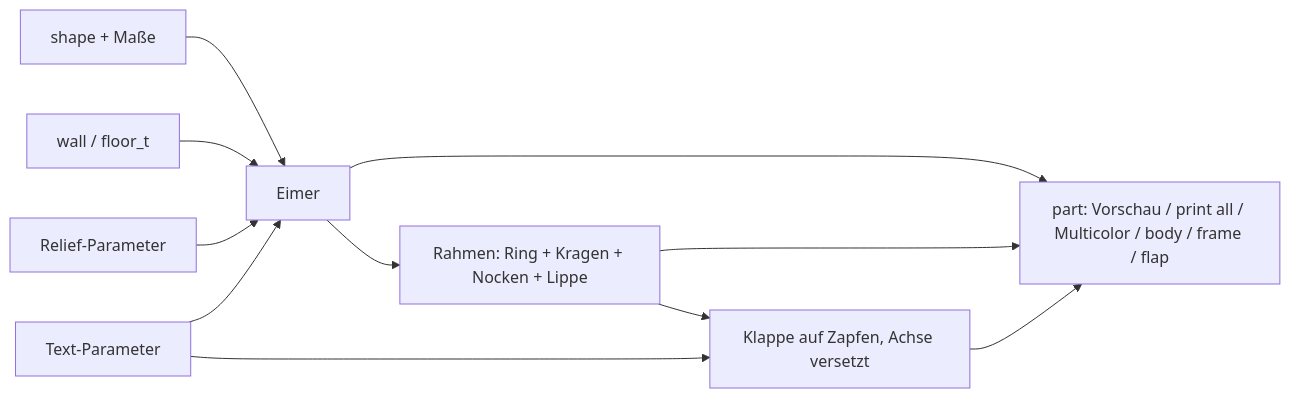
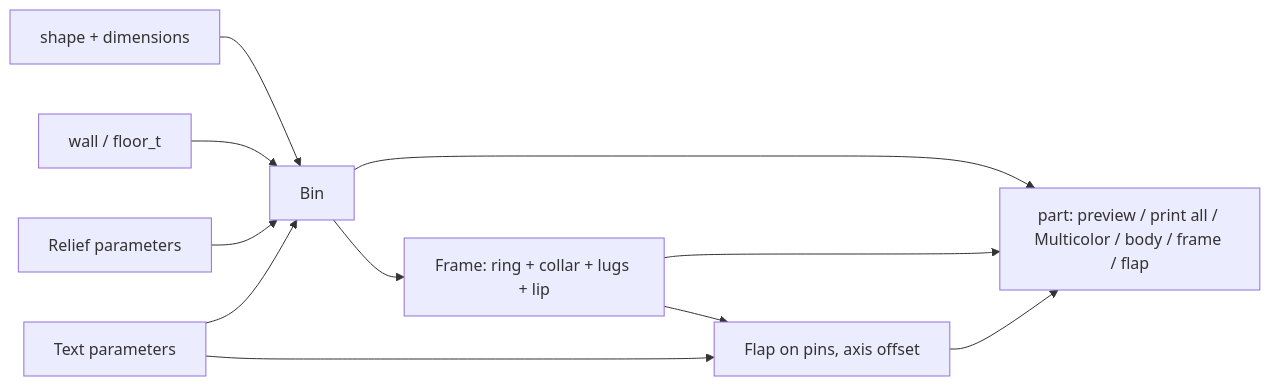
One commit to BetaHydri/parametric-cad-models changed the diagram in models/parametric-trashcan/README.md. Above: the diagram before and after it, drawn with Mermaid. The commit also changed other lines of this file and 57 other files, not shown here.

````diff
--- a/models/parametric-trashcan/README.md
+++ b/models/parametric-trashcan/README.md
@@ -254,13 +254,13 @@
 ```mermaid
 flowchart LR
-    S[shape + Maße] --> B[Eimer]
+    S[shape + dimensions] --> B[Bin]
     W[wall / floor_t] --> B
-    B --> F[Rahmen: Ring + Kragen + Nocken + Lippe]
-    F --> K[Klappe auf Zapfen, Achse versetzt]
-    R[Relief-Parameter] --> B
-    T[Text-Parameter] --> B
+    B --> F[Frame: ring + collar + lugs + lip]
+    F --> K[Flap on pins, axis offset]
+    R[Relief parameters] --> B
+    T[Text parameters] --> B
     T --> K
-    B --> O[part: Vorschau / print all / Multicolor / body / frame / flap]
+    B --> O[part: preview / print all / Multicolor / body / frame / flap]
     F --> O
     K --> O
 ```
````
